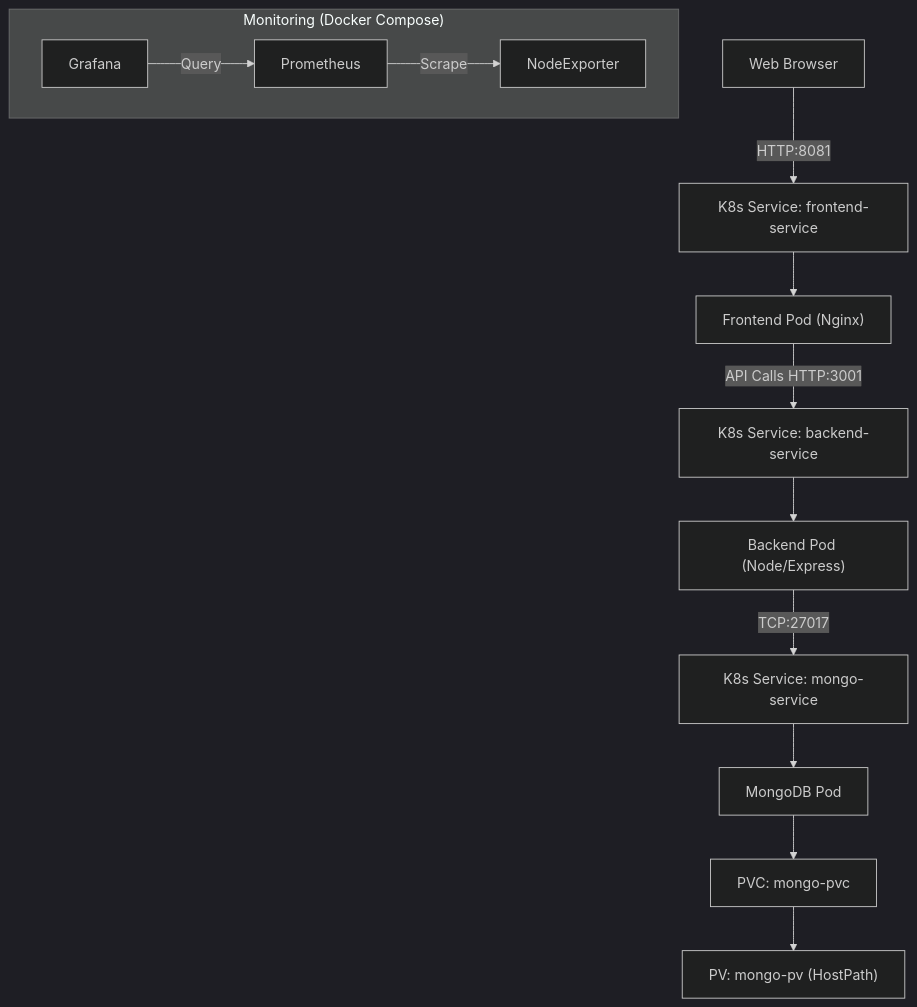
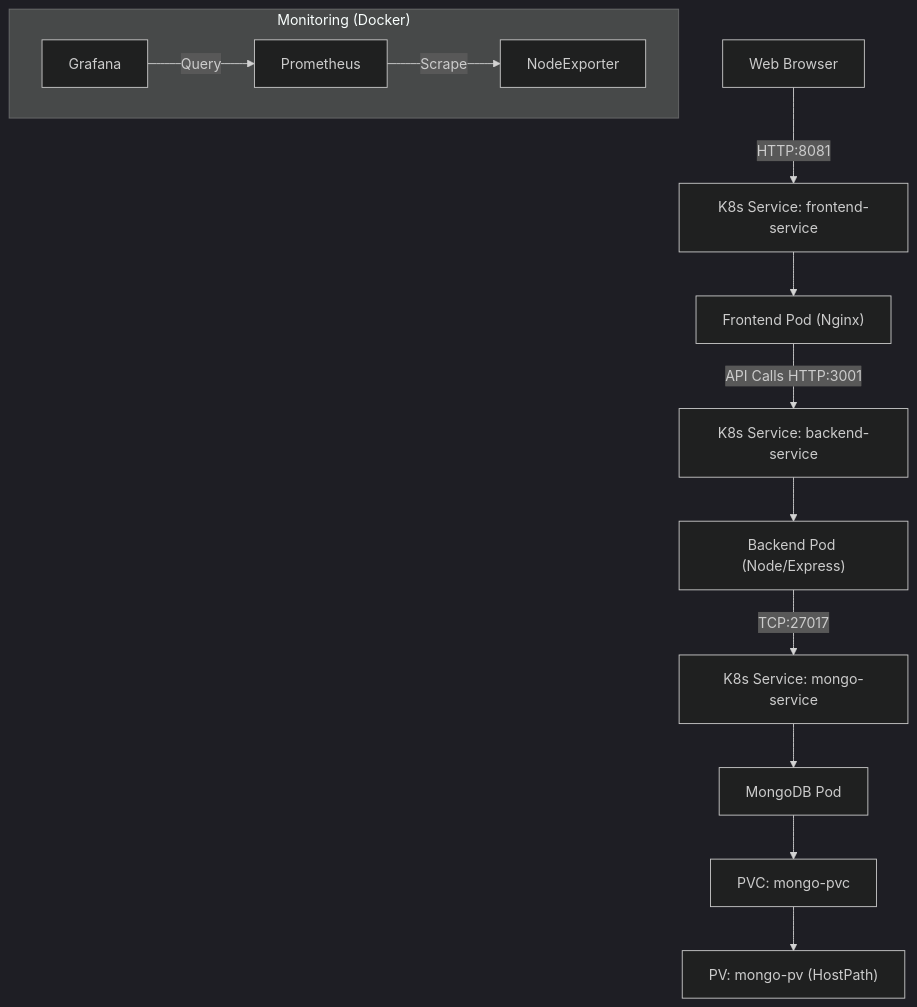
Before and after one commit to mohamed1abdullah/EndToEndDeploy: the diagram in README.md, drawn with Mermaid (dark theme).

Commit message:
Update monitoring section to use Docker instead of Docker Compose

`````diff
--- a/README.md
+++ b/README.md
@@ -22,39 +22,39 @@
 ```mermaid
 graph TD
     %% Define nodes first (fixes GitHub strict parsing issues)
     User[Web Browser]
     LB_FE[K8s Service: frontend-service]
     Pod_FE["Frontend Pod (Nginx)"]
     
     LB_BE[K8s Service: backend-service]
     Pod_BE["Backend Pod (Node/Express)"]
     
     Svc_DB[K8s Service: mongo-service]
     Pod_DB[MongoDB Pod]
     PVC["PVC: mongo-pvc"]
     PV["PV: mongo-pv (HostPath)"]
 
     Prometheus
     NodeExporter
     Grafana
 
     %% Main flow
     User -->|HTTP:8081| LB_FE
     LB_FE --> Pod_FE
 
     Pod_FE -->|API Calls HTTP:3001| LB_BE
     LB_BE --> Pod_BE
 
     Pod_BE -->|TCP:27017| Svc_DB
     Svc_DB --> Pod_DB
 
     Pod_DB --> PVC
     PVC --> PV
 
     %% Monitoring section
-    subgraph Monitoring ["Monitoring (Docker Compose)"]
+    subgraph Monitoring ["Monitoring (Docker)"]
         Prometheus -->|Scrape| NodeExporter
         Grafana -->|Query| Prometheus
     end
 
 ````
`````
